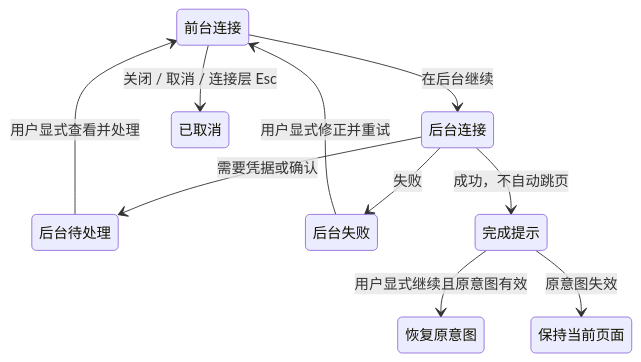
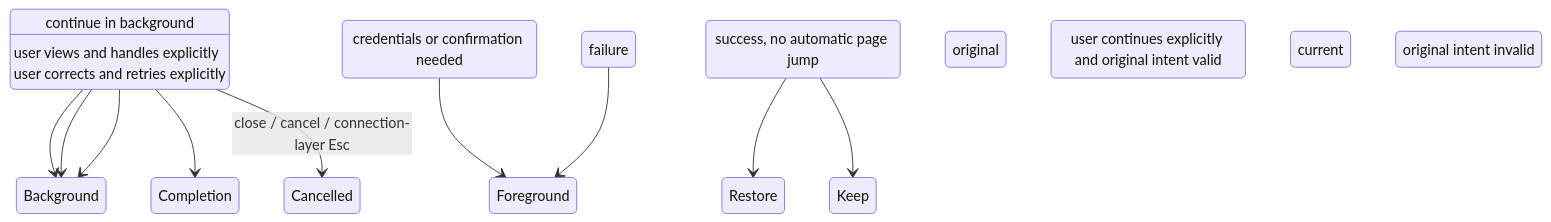
One commit to osben/ZCode changed the diagram in docs/issues/remote-connection-ux/22-background-connection-and-explicit-resume.md. Above: the diagram before and after it, drawn with Mermaid. The commit also changed other lines of this file and 30 other files, not shown here.

````diff
--- a/docs/issues/remote-connection-ux/22-background-connection-and-explicit-resume.md
+++ b/docs/issues/remote-connection-ux/22-background-connection-and-explicit-resume.md
@@ -19,12 +19,12 @@
 ```mermaid
 stateDiagram-v2
-    前台连接 --> 后台连接: 在后台继续
-    后台连接 --> 后台待处理: 需要凭据或确认
-    后台待处理 --> 前台连接: 用户显式查看并处理
-    后台连接 --> 后台失败: 失败
-    后台失败 --> 前台连接: 用户显式修正并重试
-    后台连接 --> 完成提示: 成功，不自动跳页
-    完成提示 --> 恢复原意图: 用户显式继续且原意图有效
-    完成提示 --> 保持当前页面: 原意图失效
-    前台连接 --> 已取消: 关闭 / 取消 / 连接层 Esc
+    Foreground connection --> Background connection: continue in background
+    Background connection --> Background pending: credentials or confirmation needed
+    Background pending --> Foreground connection: user views and handles explicitly
+    Background connection --> Background failure: failure
+    Background failure --> Foreground connection: user corrects and retries explicitly
+    Background connection --> Completion notice: success, no automatic page jump
+    Completion notice --> Restore original intent: user continues explicitly and original intent valid
+    Completion notice --> Keep current page: original intent invalid
+    Foreground connection --> Cancelled: close / cancel / connection-layer Esc
 ```
````
